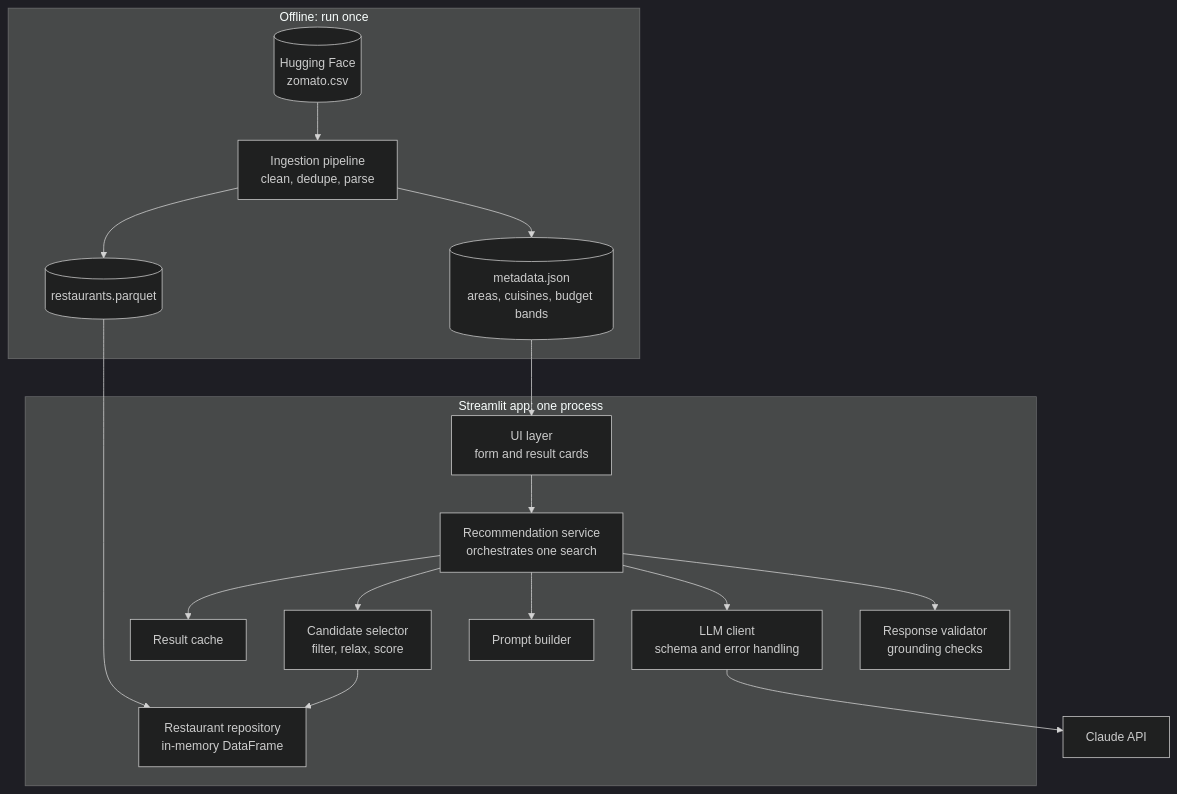
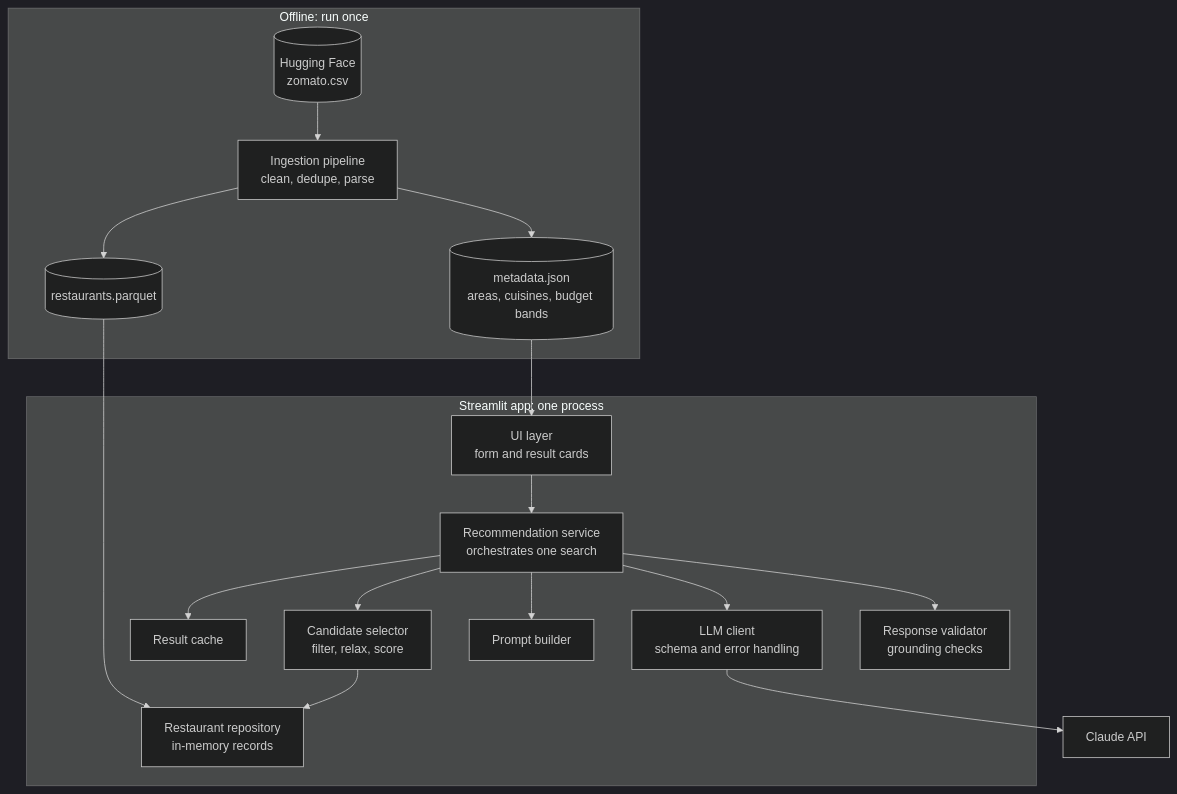
The first of 2 diagrams in Doc/architecture.md (fxdarshan/BLB-Benga-luru-Bytes), drawn with Mermaid (dark theme) before and after one commit. The commit also changed other lines of this file and 11 other files, not shown here.

````diff
--- a/Doc/architecture.md
+++ b/Doc/architecture.md
@@ -57,31 +57,31 @@
 ```mermaid
 flowchart TB
     subgraph Offline["Offline: run once"]
         HF[(Hugging Face<br/>zomato.csv)] --> ING[Ingestion pipeline<br/>clean, dedupe, parse]
         ING --> PQ[(restaurants.parquet)]
         ING --> META[(metadata.json<br/>areas, cuisines, budget bands)]
     end
 
     subgraph App["Streamlit app: one process"]
         UI[UI layer<br/>form and result cards]
         SVC[Recommendation service<br/>orchestrates one search]
-        REPO[Restaurant repository<br/>in-memory DataFrame]
+        REPO[Restaurant repository<br/>in-memory records]
         FILT[Candidate selector<br/>filter, relax, score]
         PROMPT[Prompt builder]
         LLM[LLM client<br/>schema and error handling]
         VAL[Response validator<br/>grounding checks]
         CACHE[Result cache]
 
         UI --> SVC
         SVC --> CACHE
         SVC --> FILT
         FILT --> REPO
         SVC --> PROMPT
         SVC --> LLM
         SVC --> VAL
     end
 
     PQ --> REPO
     META --> UI
     LLM --> API[Claude API]
 ```
````
